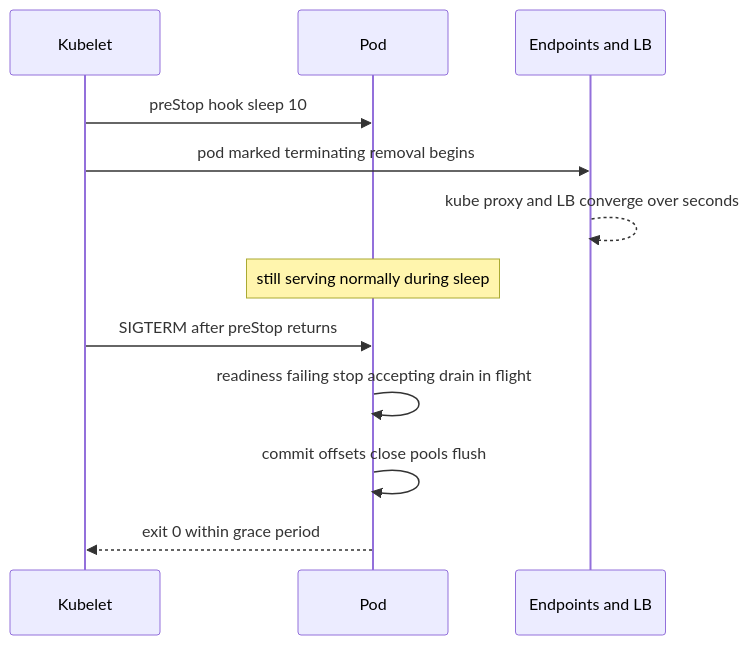
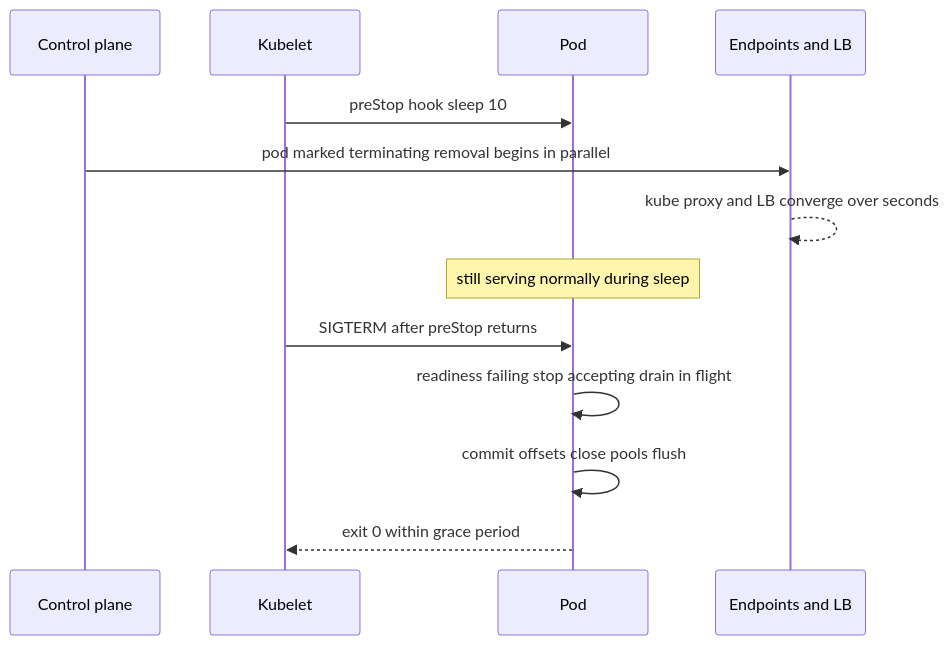
Before and after one commit to kunal-ladh/learn-system-design: the diagram in system-design/12 Resilience/Graceful Shutdown and Deployment Safety.md, drawn with Mermaid. The commit also changed other lines of this file and 163 other files, not shown here.

````diff
--- a/system-design/12 Resilience/Graceful Shutdown and Deployment Safety.md
+++ b/system-design/12 Resilience/Graceful Shutdown and Deployment Safety.md
@@ -58,14 +58,15 @@
 ```mermaid
 sequenceDiagram
+    participant C as Control plane
     participant K as Kubelet
     participant P as Pod
     participant E as Endpoints and LB
     K->>P: preStop hook sleep 10
-    K->>E: pod marked terminating removal begins
+    C->>E: pod marked terminating removal begins in parallel
     E-->>E: kube proxy and LB converge over seconds
     Note over P: still serving normally during sleep
     K->>P: SIGTERM after preStop returns
     P->>P: readiness failing stop accepting drain in flight
     P->>P: commit offsets close pools flush
     P-->>K: exit 0 within grace period
 ```
````
